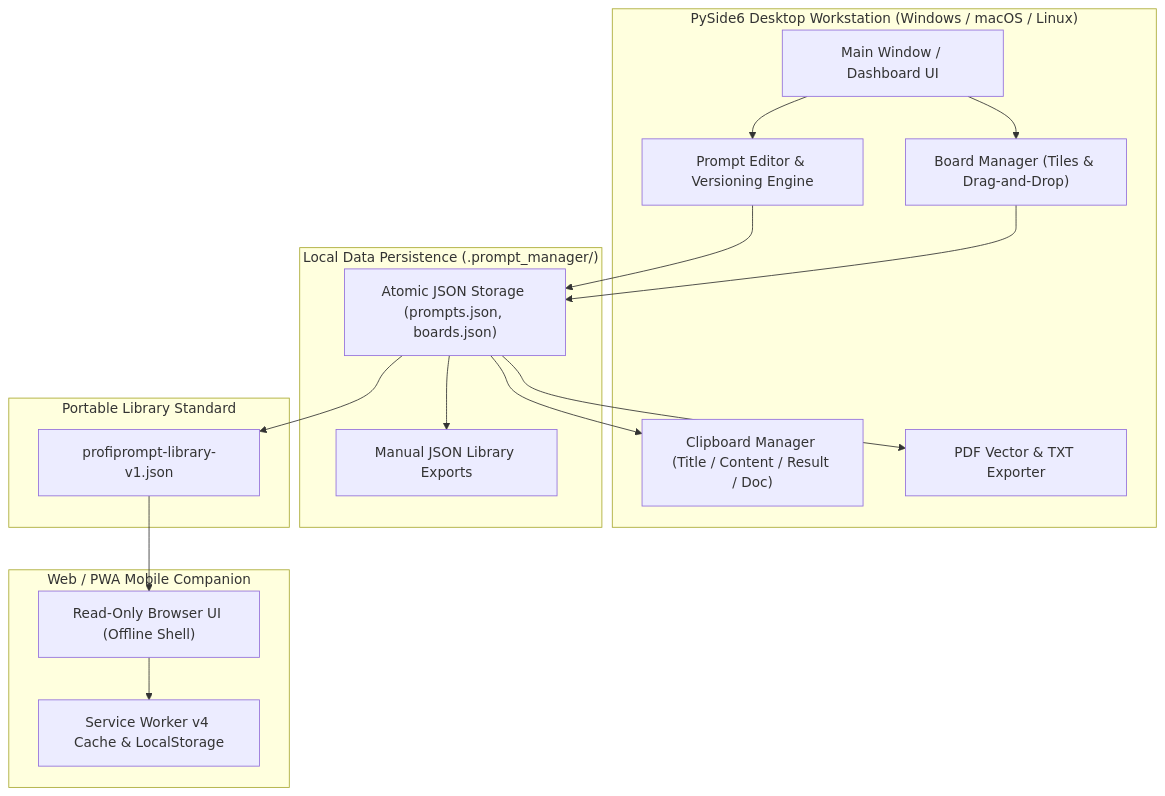
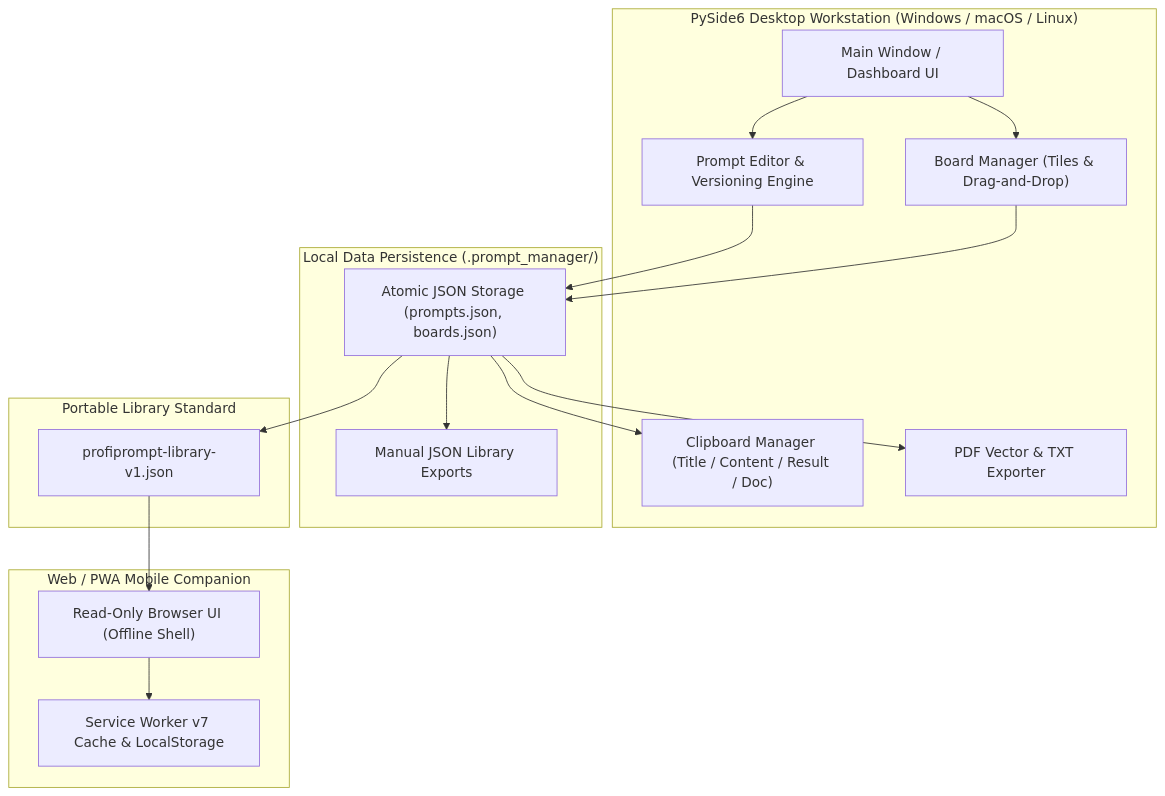
The first of 2 diagrams in README.md (file-bricks/ProfiPrompt), drawn with Mermaid before and after one commit. The commit also changed other lines of this file and 35 other files, not shown here.

````diff
--- a/README.md
+++ b/README.md
@@ -182,35 +186,35 @@
 ```mermaid
 flowchart TD
     subgraph DesktopApp["PySide6 Desktop Workstation (Windows / macOS / Linux)"]
         UI["Main Window / Dashboard UI"]
         BM["Board Manager (Tiles & Drag-and-Drop)"]
         PM["Prompt Editor & Versioning Engine"]
         CM["Clipboard Manager (Title / Content / Result / Doc)"]
         EX["PDF Vector & TXT Exporter"]
     end
 
     subgraph Storage["Local Data Persistence (.prompt_manager/)"]
         JSONStore["Atomic JSON Storage (prompts.json, boards.json)"]
         BackupStore["Manual JSON Library Exports"]
     end
 
     subgraph ExportFormat["Portable Library Standard"]
         LibJSON["profiprompt-library-v1.json"]
     end
 
     subgraph Companion["Web / PWA Mobile Companion"]
         PWA["Read-Only Browser UI (Offline Shell)"]
-        LocalCache["Service Worker v4 Cache & LocalStorage"]
+        LocalCache["Service Worker v7 Cache & LocalStorage"]
     end
 
     UI --> PM
     UI --> BM
     PM --> JSONStore
     BM --> JSONStore
     JSONStore --> BackupStore
     JSONStore --> CM
     JSONStore --> EX
     JSONStore --> LibJSON
     LibJSON --> PWA
     PWA --> LocalCache
 ```
````
